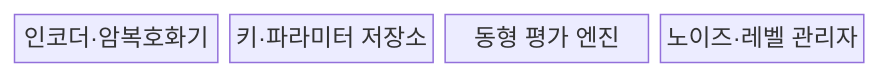
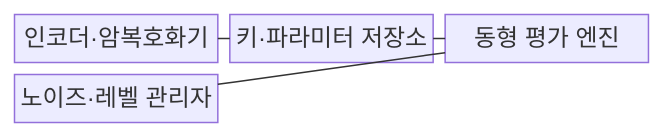
The first of 2 diagrams in src/content/docs/notes/05-security/015_homomorphic_encryption.md (agnusdei1207/knowledge-base), drawn with Mermaid before and after one commit. The commit also changed other lines of this file and 151 other files, not shown here.

````diff
--- a/src/content/docs/notes/05-security/015_homomorphic_encryption.md
+++ b/src/content/docs/notes/05-security/015_homomorphic_encryption.md
@@ -65,8 +64,11 @@
 ```mermaid
 block-beta
-    columns 4
+    columns 3
     E["인코더·암복호화기"]
     K["키·파라미터 저장소"]
     V["동형 평가 엔진"]
     N["노이즈·레벨 관리자"]
+    E --- K
+    K --- V
+    V --- N
 ```
````
